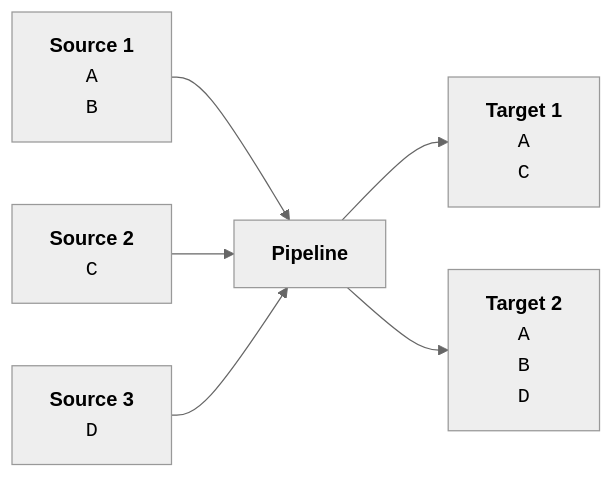
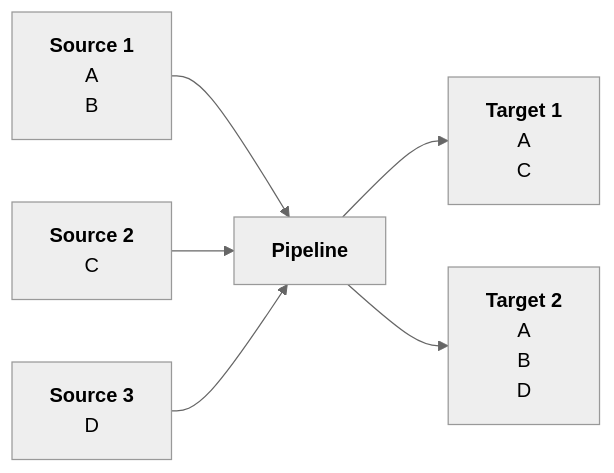
The fourth of 5 diagrams in docs/admin/pipelines/overview.mdx (VirtualMetric/virtualmetric-docs), drawn with Mermaid (neutral theme) before and after one commit. The commit also changed other lines of this file and 8 other files, not shown here.

````diff
--- a/docs/admin/pipelines/overview.mdx
+++ b/docs/admin/pipelines/overview.mdx
@@ -80,25 +86,30 @@
 ```mermaid
-%%{init: {"flowchart": {"htmlLabels": false}} }%%
+%%{init: {"flowchart": {"htmlLabels": false}}}%%
 flowchart LR
 	source1Box["`**Source 1**
-    <code>A</code>
-    <code>B</code>`"]
+    A
+    B
+  `"]
 	source2Box["`**Source 2**
-    <code>C</code>`"]
+    C
+  `"]
 	source3Box["`**Source 3**
-    <code>D</code>`"]
+    D
+  `"]
  	pipelineBox["`**Pipeline**`"]
 	target1Box["`**Target 1**
-    <code>A</code>
-    <code>C</code>`"]
+    A
+    C
+  `"]
 	target2Box["`**Target 2**
-    <code>A</code>
-    <code>B</code>
-    <code>D</code>`"]
+    A
+    B
+    D
+  `"]
 	source1Box --> pipelineBox;
 	source2Box --> pipelineBox;
 	source3Box --> pipelineBox;
   pipelineBox --> target1Box;
   pipelineBox --> target2Box;
 
 ```
````
